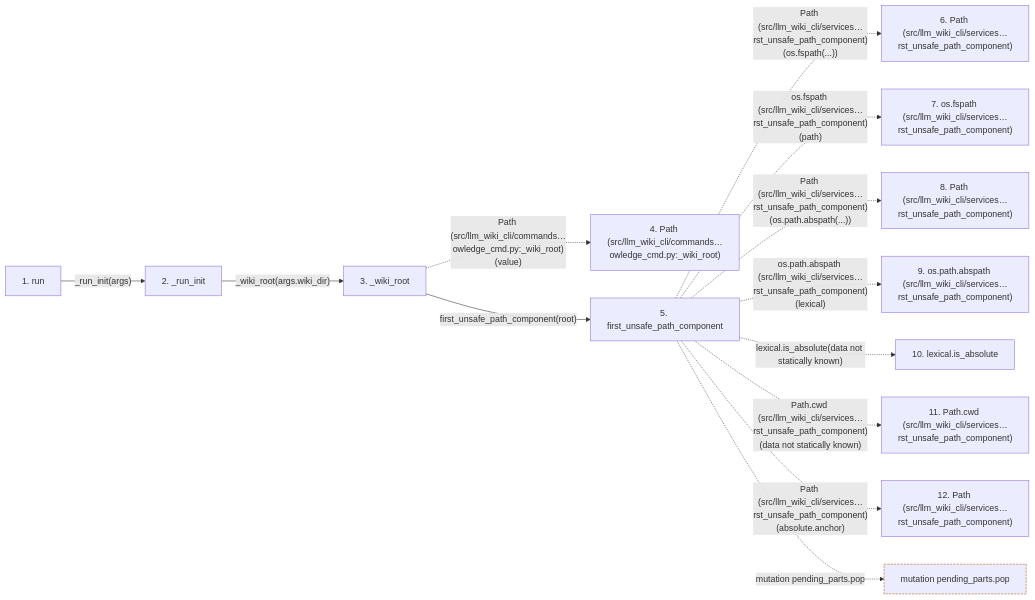
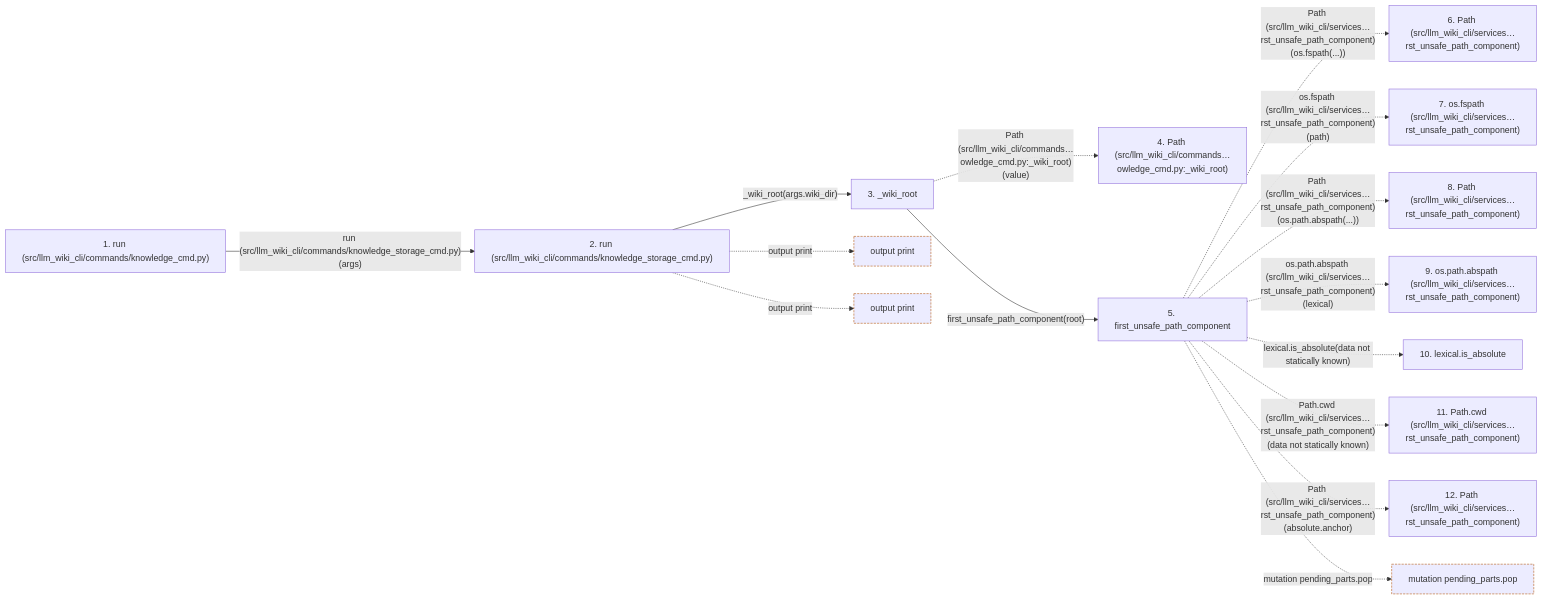
The second of 2 diagrams in docs/llm_wiki/flows/api-run-knowledge_cmd.md (Denissvgn/python-wiki-llm), drawn with Mermaid before and after one commit. The commit also changed other lines of this file and 865 other files, not shown here.

First line of the commit message:
Add native task workflows and scalable indexed knowledge storage (#35)

````diff
--- a/docs/llm_wiki/flows/api-run-knowledge_cmd.md
+++ b/docs/llm_wiki/flows/api-run-knowledge_cmd.md
@@ -118,34 +136,40 @@
 ```mermaid
 flowchart LR
-    s1["1. run"]
-    s2["2. _run_init"]
+    s1["1. run (src/llm_wiki_cli/commands/knowledge_cmd.py)"]
+    s2["2. run (src/llm_wiki_cli/commands/knowledge_storage_cmd.py)"]
     s3["3. _wiki_root"]
     s4["4. Path (src/llm_wiki_cli/commands…owledge_cmd.py:_wiki_root)"]
     s5["5. first_unsafe_path_component"]
     s6["6. Path (src/llm_wiki_cli/services…rst_unsafe_path_component)"]
     s7["7. os.fspath (src/llm_wiki_cli/services…rst_unsafe_path_component)"]
     s8["8. Path (src/llm_wiki_cli/services…rst_unsafe_path_component)"]
     s9["9. os.path.abspath (src/llm_wiki_cli/services…rst_unsafe_path_component)"]
     s10["10. lexical.is_absolute"]
     s11["11. Path.cwd (src/llm_wiki_cli/services…rst_unsafe_path_component)"]
     s12["12. Path (src/llm_wiki_cli/services…rst_unsafe_path_component)"]
-    s1 -->|"_run_init(args)"| s2
+    s1 -->|"run (src/llm_wiki_cli/commands/knowledge_storage_cmd.py)(args)"| s2
     s2 -->|"_wiki_root(args.wiki_dir)"| s3
     s3 -. "Path (src/llm_wiki_cli/commands…owledge_cmd.py:_wiki_root)(value)" .-> s4
     s3 -->|"first_unsafe_path_component(root)"| s5
     s5 -. "Path (src/llm_wiki_cli/services…rst_unsafe_path_component)(os.fspath(...))" .-> s6
     s5 -. "os.fspath (src/llm_wiki_cli/services…rst_unsafe_path_component)(path)" .-> s7
     s5 -. "Path (src/llm_wiki_cli/services…rst_unsafe_path_component)(os.path.abspath(...))" .-> s8
     s5 -. "os.path.abspath (src/llm_wiki_cli/services…rst_unsafe_path_component)(lexical)" .-> s9
     s5 -. "lexical.is_absolute(data not statically known)" .-> s10
     s5 -. "Path.cwd (src/llm_wiki_cli/services…rst_unsafe_path_component)(data not statically known)" .-> s11
     s5 -. "Path (src/llm_wiki_cli/services…rst_unsafe_path_component)(absolute.anchor)" .-> s12
-    b0["mutation pending_parts.pop"]
-    s5 -. "mutation pending_parts.pop" .-> b0
+    b0["output print"]
+    s2 -. "output print" .-> b0
+    b1["output print"]
+    s2 -. "output print" .-> b1
+    b2["mutation pending_parts.pop"]
+    s5 -. "mutation pending_parts.pop" .-> b2
     click s1 "../modules/knowledge_cmd.md"
-    click s2 "../modules/knowledge_cmd.md"
+    click s2 "../modules/knowledge_storage_cmd.md"
     click s3 "../modules/knowledge_cmd.md"
     click s5 "../modules/io.md"
     classDef boundary stroke:#b45309,stroke-dasharray: 4 2
     class b0 boundary
+    class b1 boundary
+    class b2 boundary
 ```
````
